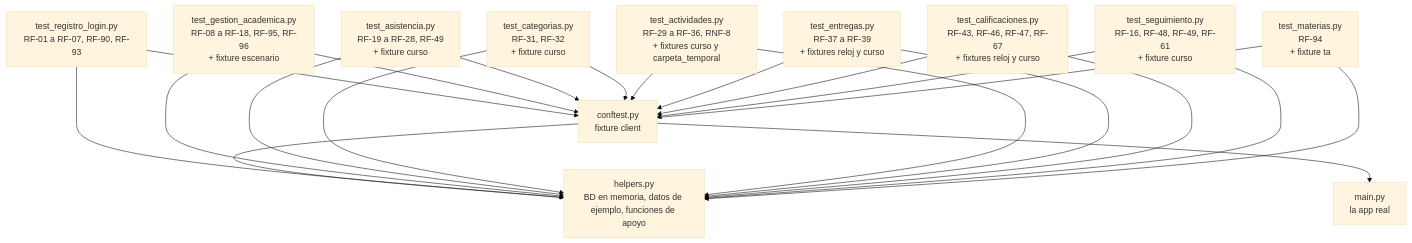
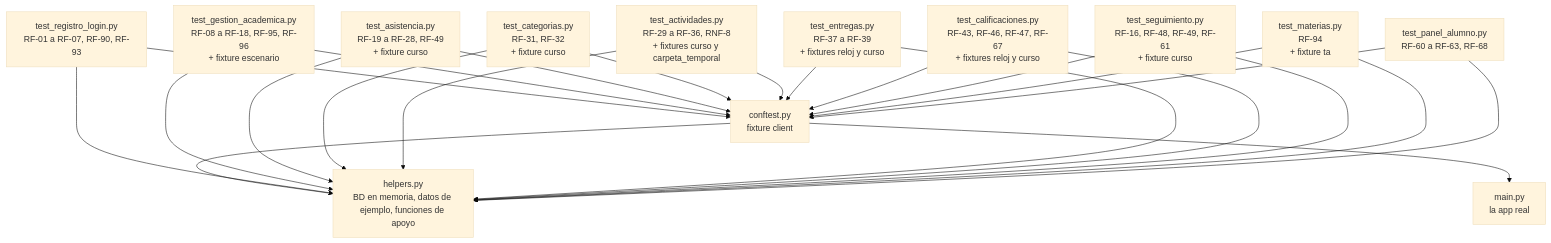
The diagram in docs/backend/07-pruebas.md (Huitrado/SEPA), drawn with Mermaid (base theme) before and after one commit. The commit also changed other lines of this file and 17 other files, not shown here.

````diff
--- a/docs/backend/07-pruebas.md
+++ b/docs/backend/07-pruebas.md
@@ -50,23 +50,25 @@
 ```mermaid
 flowchart TD
     C["conftest.py<br/>fixture client"] --> H["helpers.py<br/>BD en memoria, datos de ejemplo, funciones de apoyo"]
     C --> M["main.py<br/>la app real"]
     T1["test_registro_login.py<br/>RF-01 a RF-07, RF-90, RF-93"] --> C
     T1 --> H
     T2["test_gestion_academica.py<br/>RF-08 a RF-18, RF-95, RF-96<br/>+ fixture escenario"] --> C
     T2 --> H
     T3["test_asistencia.py<br/>RF-19 a RF-28, RF-49<br/>+ fixture curso"] --> C
     T3 --> H
     T4["test_categorias.py<br/>RF-31, RF-32<br/>+ fixture curso"] --> C
     T4 --> H
     T5["test_actividades.py<br/>RF-29 a RF-36, RNF-8<br/>+ fixtures curso y carpeta_temporal"] --> C
     T5 --> H
     T6["test_entregas.py<br/>RF-37 a RF-39<br/>+ fixtures reloj y curso"] --> C
     T6 --> H
     T7["test_calificaciones.py<br/>RF-43, RF-46, RF-47, RF-67<br/>+ fixtures reloj y curso"] --> C
     T7 --> H
     T8["test_seguimiento.py<br/>RF-16, RF-48, RF-49, RF-61<br/>+ fixture curso"] --> C
     T8 --> H
     T9["test_materias.py<br/>RF-94<br/>+ fixture ta"] --> C
     T9 --> H
+    T10["test_panel_alumno.py<br/>RF-60 a RF-63, RF-68"] --> C
+    T10 --> H
 ```
````
